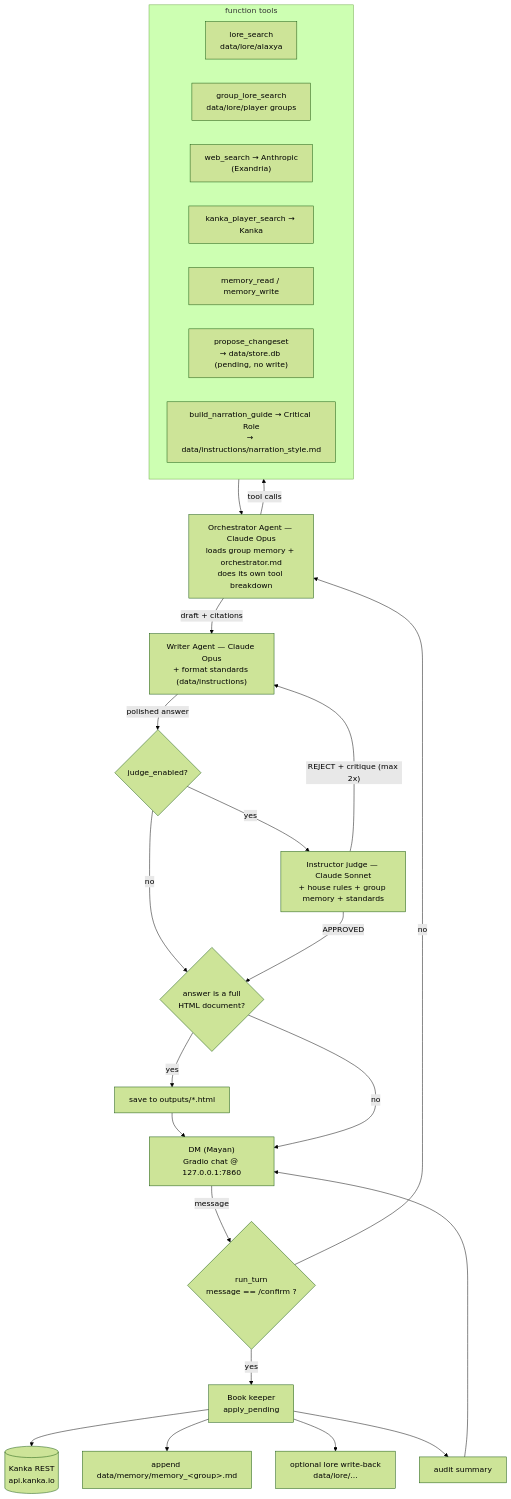
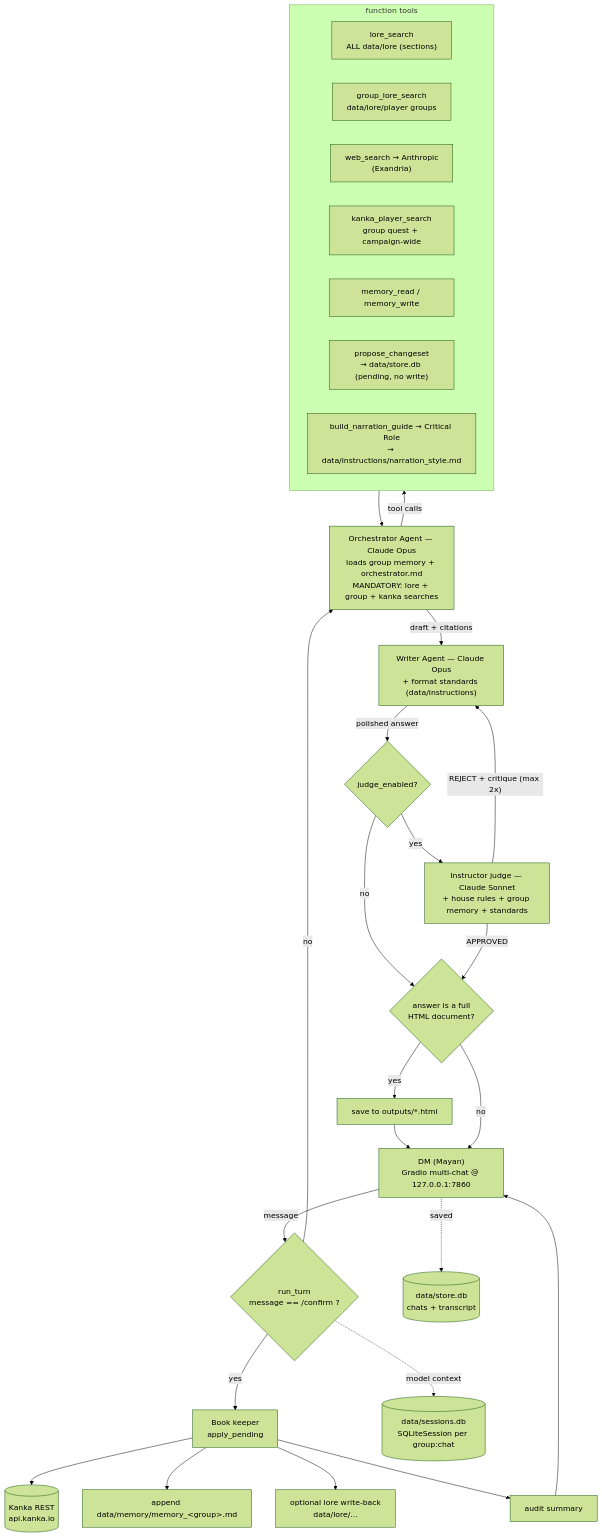
The diagram in README.md (tailevi/Dungeon_master_assistant), drawn with Mermaid (forest theme) before and after one commit. The commit also changed other lines of this file and 18 other files, not shown here.

````diff
--- a/README.md
+++ b/README.md
@@ -27,36 +29,39 @@
 ```mermaid
 flowchart TD
-    U["DM (Mayan)<br/>Gradio chat @ 127.0.0.1:7860"] -->|message| RT{"run_turn<br/>message == /confirm ?"}
+    U["DM (Mayan)<br/>Gradio multi-chat @ 127.0.0.1:7860"] -->|message| RT{"run_turn<br/>message == /confirm ?"}
 
     %% ---- write path ----
     RT -->|yes| BK["Book keeper<br/>apply_pending"]
     BK --> KZ[("Kanka REST<br/>api.kanka.io")]
     BK --> MEMW["append data/memory/memory_&lt;group&gt;.md"]
     BK --> LW["optional lore write-back<br/>data/lore/..."]
     BK --> RB["audit summary"] --> U
 
     %% ---- read / answer path ----
-    RT -->|no| ORC["Orchestrator Agent — Claude Opus<br/>loads group memory + orchestrator.md<br/>does its own tool breakdown"]
+    RT -->|no| ORC["Orchestrator Agent — Claude Opus<br/>loads group memory + orchestrator.md<br/>MANDATORY: lore + group + kanka searches"]
     ORC -->|tool calls| TOOLS
 
     subgraph TOOLS["function tools"]
-      LS["lore_search<br/>data/lore/alaxya"]
+      LS["lore_search<br/>ALL data/lore (sections)"]
       GLS["group_lore_search<br/>data/lore/player groups"]
       WS["web_search → Anthropic<br/>(Exandria)"]
-      KS["kanka_player_search → Kanka"]
+      KS["kanka_player_search<br/>group quest + campaign-wide"]
       MRW["memory_read / memory_write"]
       PC["propose_changeset<br/>→ data/store.db (pending, no write)"]
       NG["build_narration_guide → Critical Role<br/>→ data/instructions/narration_style.md"]
     end
 
     TOOLS --> ORC
     ORC -->|draft + citations| WR["Writer Agent — Claude Opus<br/>+ format standards (data/instructions)"]
     WR -->|polished answer| JG{"judge_enabled?"}
     JG -->|no| EMIT
     JG -->|yes| INS["Instructor judge — Claude Sonnet<br/>+ house rules + group memory + standards"]
     INS -->|APPROVED| EMIT
     INS -->|"REJECT + critique (max 2x)"| WR
 
     EMIT{"answer is a full<br/>HTML document?"} -->|yes| OUT["save to outputs/*.html"] --> U
     EMIT -->|no| U
+
+    U -.saved.-> CH[("data/store.db<br/>chats + transcript")]
+    RT -.model context.-> SS[("data/sessions.db<br/>SQLiteSession per group:chat")]
 ```
````
